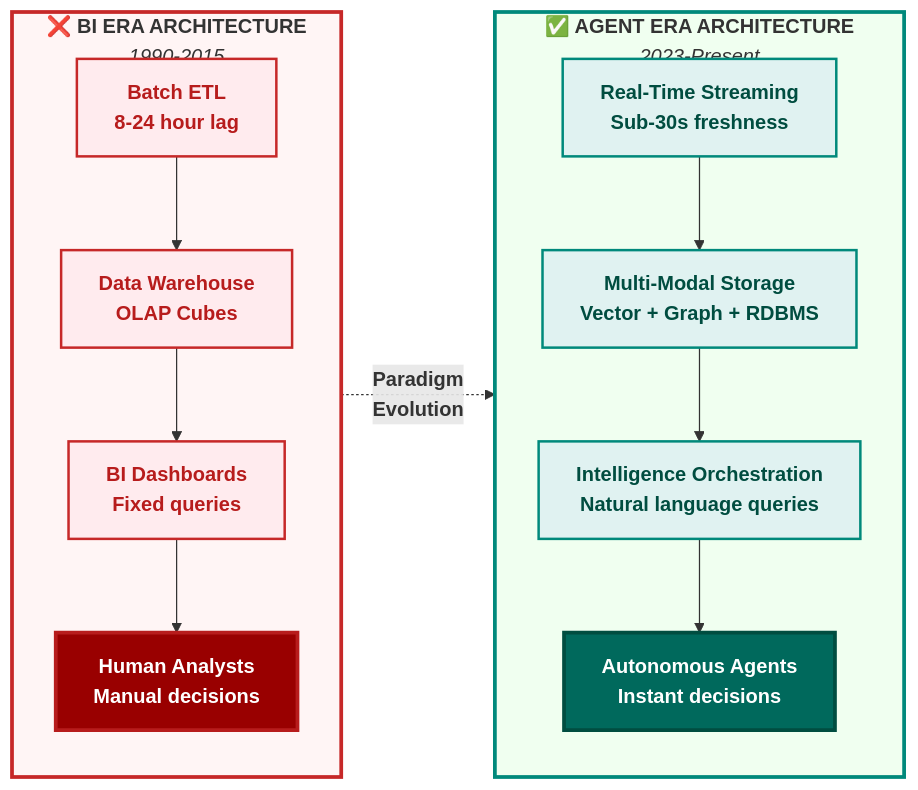
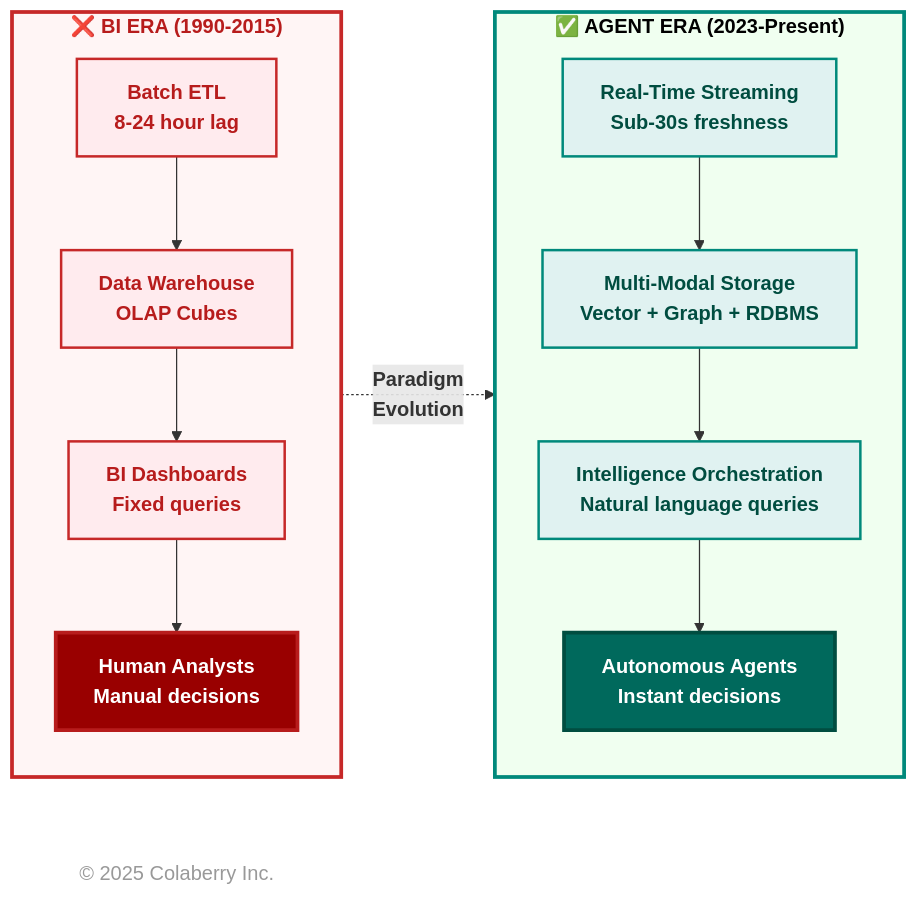
Diagram 15 of 16 in chapter-01/chapter_1_complete.md (colaberry/enterprise-data-readiness-ai-agents), drawn with Mermaid before and after one commit. The commit also changed other lines of this file, not shown here.

````diff
--- a/chapter-01/chapter_1_complete.md
+++ b/chapter-01/chapter_1_complete.md
@@ -2558,37 +2605,41 @@
 ```mermaid
 graph LR
-    subgraph bi["`**❌ BI ERA ARCHITECTURE**<br/><i>1990-2015</i>`"]
+    subgraph bi["`**❌ BI ERA (1990-2015)**`"]
         direction TB
         BI1["`**Batch ETL**<br/><b>8-24 hour lag</b>`"]
         BI2["`**Data Warehouse**<br/><b>OLAP Cubes</b>`"]
         BI3["`**BI Dashboards**<br/><b>Fixed queries</b>`"]
         BI4["`**Human Analysts**<br/><b>Manual decisions</b>`"]
         
         BI1 --> BI2 --> BI3 --> BI4
     end
     
-    subgraph agent["`**✅ AGENT ERA ARCHITECTURE**<br/><i>2023-Present</i>`"]
+    subgraph agent["`**✅ AGENT ERA (2023-Present)**`"]
         direction TB
         A1["`**Real-Time Streaming**<br/><b>Sub-30s freshness</b>`"]
         A2["`**Multi-Modal Storage**<br/><b>Vector + Graph + RDBMS</b>`"]
         A3["`**Intelligence Orchestration**<br/><b>Natural language queries</b>`"]
         A4["`**Autonomous Agents**<br/><b>Instant decisions</b>`"]
         
         A1 --> A2 --> A3 --> A4
     end
     
     BI4 -.->|"`**Paradigm<br/>Evolution**`"| A4
     
-    style bi fill:#fff5f5,stroke:#c62828,stroke-width:3px
-    style agent fill:#f0fff0,stroke:#00897b,stroke-width:3px
-    
+    style bi fill:#fff5f5,stroke:#c62828,stroke-width:3px,color:#b71c1c
+    style agent fill:#f0fff0,stroke:#00897b,stroke-width:3px,color:#000000    
     style BI1 fill:#ffebee,stroke:#c62828,stroke-width:2px,color:#b71c1c
     style BI2 fill:#ffebee,stroke:#c62828,stroke-width:2px,color:#b71c1c
     style BI3 fill:#ffebee,stroke:#c62828,stroke-width:2px,color:#b71c1c
     style BI4 fill:#990000,color:#ffffff,stroke:#b71c1c,stroke-width:3px
     
     style A1 fill:#e0f2f1,stroke:#00897b,stroke-width:2px,color:#004d40
     style A2 fill:#e0f2f1,stroke:#00897b,stroke-width:2px,color:#004d40
     style A3 fill:#e0f2f1,stroke:#00897b,stroke-width:2px,color:#004d40
+
+    %% Copyright Notice
+    CR["© 2025 Colaberry Inc."]
+
     style A4 fill:#00695c,color:#ffffff,stroke:#004d40,stroke-width:3px
+    style CR fill:none,stroke:none,color:#999999
 ```
````
